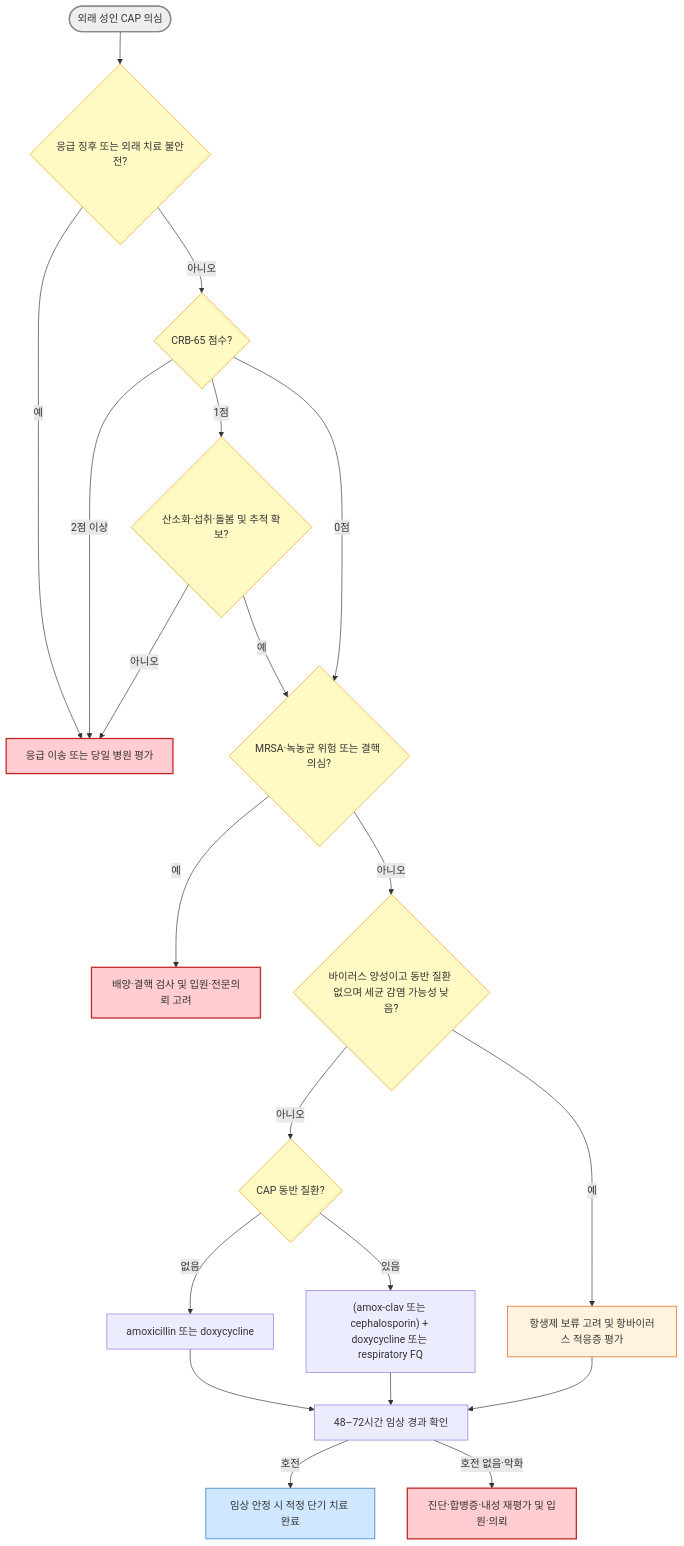
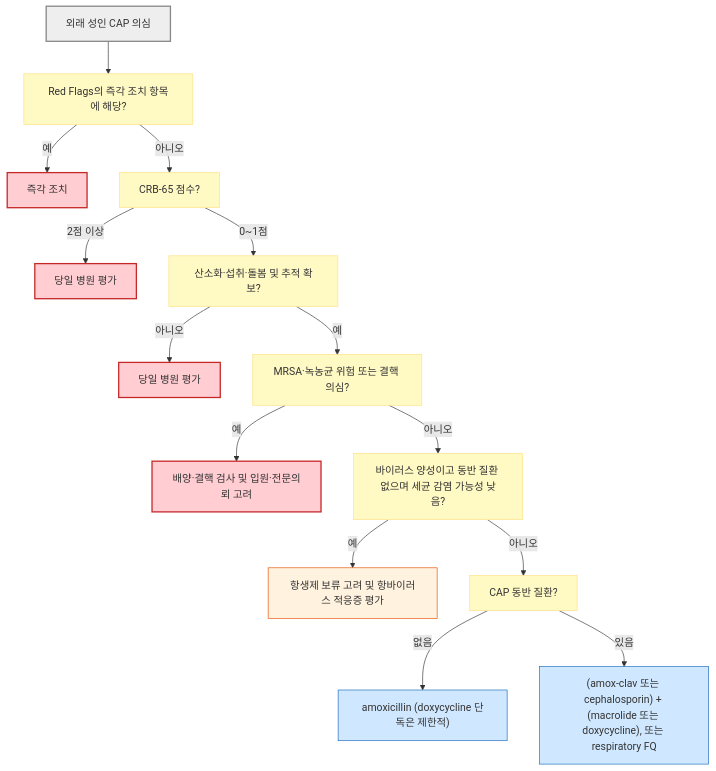
The first of 2 diagrams in 223_/068_-pneumonia.md (familyoh77/familyoh77), drawn with Mermaid before and after one commit. The commit also changed other lines of this file, not shown here.

````diff
--- a/223_/068_-pneumonia.md
+++ b/223_/068_-pneumonia.md
@@ -156,29 +160,24 @@
 ```mermaid
 flowchart TD
-    A(["외래 성인 CAP 의심"]) --> B{"응급 징후 또는 외래 치료 불안전?"}
-    B -- "예" --> C["응급 이송 또는 당일 병원 평가"]
-    B -- "아니오" --> S{"CRB-65 점수?"}
-    S -- "2점 이상" --> C
-    S -- "1점" --> T{"산소화·섭취·돌봄 및 추적 확보?"}
-    T -- "아니오" --> C
-    T -- "예" --> D{"MRSA·녹농균 위험 또는 결핵 의심?"}
-    S -- "0점" --> D
+    A["외래 성인 CAP 의심"] --> B["Red Flags의 즉각 조치 항목에 해당?"]
+    B -- "예" --> C1["즉각 조치"]
+    B -- "아니오" --> S["CRB-65 점수?"]
+    S -- "2점 이상" --> C2["당일 병원 평가"]
+    S -- "0~1점" --> T["산소화·섭취·돌봄 및 추적 확보?"]
+    T -- "아니오" --> C3["당일 병원 평가"]
+    T -- "예" --> D["MRSA·녹농균 위험 또는 결핵 의심?"]
     D -- "예" --> E["배양·결핵 검사 및 입원·전문의뢰 고려"]
-    D -- "아니오" --> F{"바이러스 양성이고 동반 질환 없으며 세균 감염 가능성 낮음?"}
+    D -- "아니오" --> F["바이러스 양성이고 동반 질환 없으며 세균 감염 가능성 낮음?"]
     F -- "예" --> G["항생제 보류 고려 및 항바이러스 적응증 평가"]
-    F -- "아니오" --> H{"CAP 동반 질환?"}
-    H -- "없음" --> I["amoxicillin 또는 doxycycline"]
-    H -- "있음" --> J["(amox-clav 또는 cephalosporin) + doxycycline 또는 respiratory FQ"]
-    I --> K["48–72시간 임상 경과 확인"]
-    J --> K
-    G --> K
-    K -- "호전" --> L["임상 안정 시 적정 단기 치료 완료"]
-    K -- "호전 없음·악화" --> M["진단·합병증·내성 재평가 및 입원·의뢰"]
+    F -- "아니오" --> H["CAP 동반 질환?"]
+    H -- "없음" --> I["amoxicillin (doxycycline 단독은 제한적)"]
+    H -- "있음" --> J["(amox-clav 또는 cephalosporin) + (macrolide 또는 doxycycline), 또는 respiratory FQ"]
     style A fill:#eeeeee,stroke:#888888,stroke-width:2px
-    classDef yellow fill:#fff9c4,stroke:#f39c12
-    class B,S,T,D,F,H yellow
+    classDef question fill:#fff9c4,stroke:#ffe082
+    class B,S,T,D,F,H question
     classDef danger fill:#ffcdd2,stroke:#c62828,stroke-width:2px
-    class C,E,M danger
+    class C1,C2,C3,E danger
     style G fill:#fff3e0,stroke:#e65100
-    style L fill:#d0e8ff,stroke:#1a6abf
+    classDef result fill:#d0e8ff,stroke:#1a6abf
+    class I,J result
 ```
````
